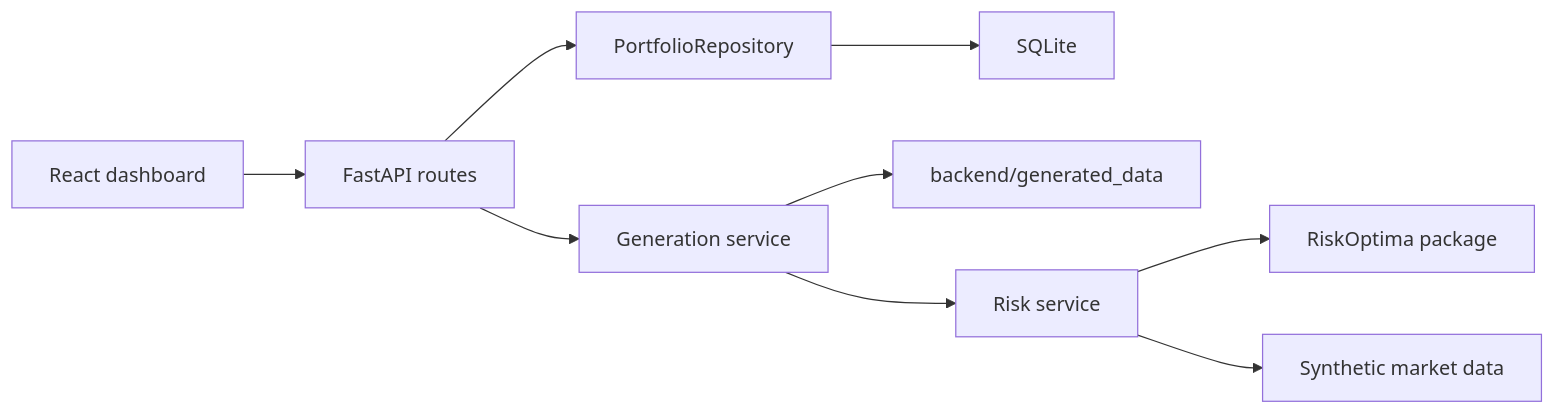
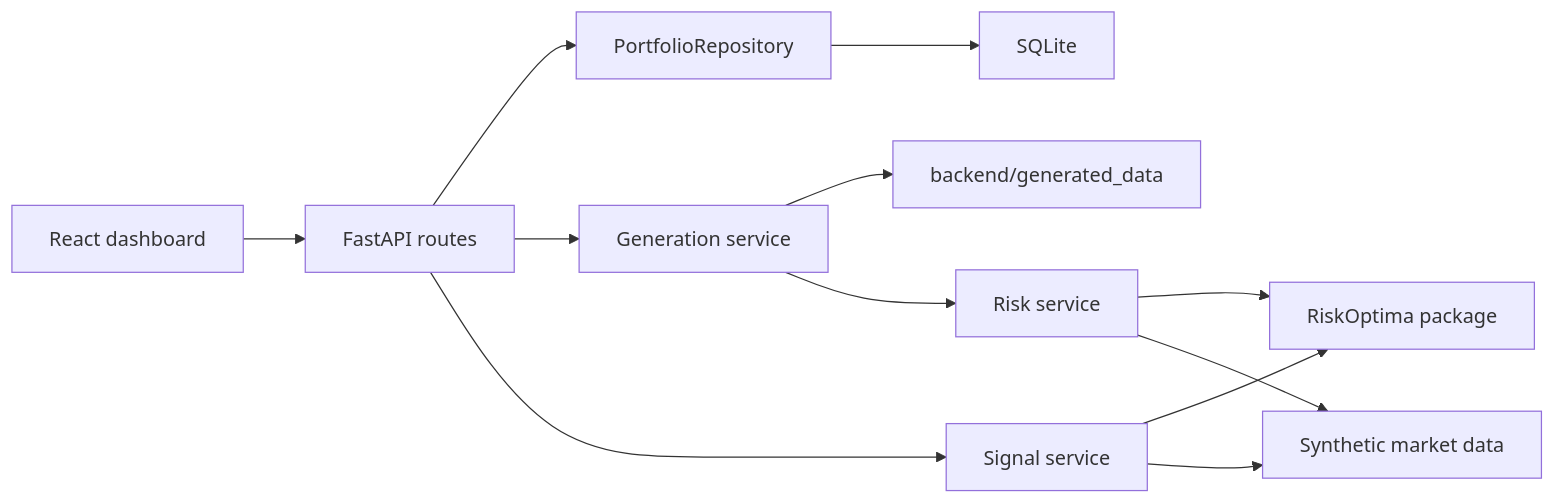
Before and after one commit to JordiCorbilla/RiskOptima-Platform: the diagram in docs/architecture.md, drawn with Mermaid. The commit also changed other lines of this file and 13 other files, not shown here.

Commit message:
Add RiskOptima signal drilldowns

````diff
--- a/docs/architecture.md
+++ b/docs/architecture.md
@@ -11,11 +11,14 @@
 ```mermaid
 flowchart LR
   UI["React dashboard"] --> API["FastAPI routes"]
   API --> Repo["PortfolioRepository"]
   Repo --> SQLite["SQLite"]
   API --> Runs["Generation service"]
   Runs --> Cache["backend/generated_data"]
   Runs --> Analytics["Risk service"]
+  API --> Signals["Signal service"]
+  Signals --> RiskOptima
   Analytics --> RiskOptima["RiskOptima package"]
   Analytics --> Synthetic["Synthetic market data"]
+  Signals --> Synthetic
 ```
````
